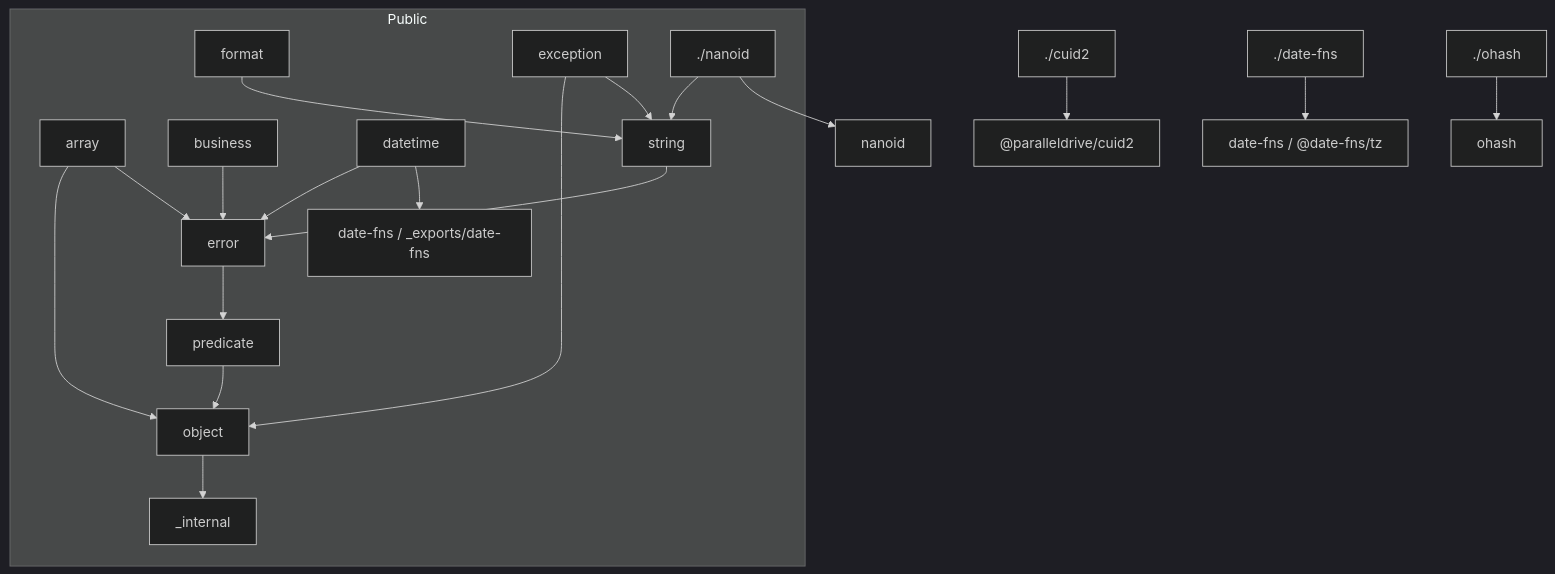
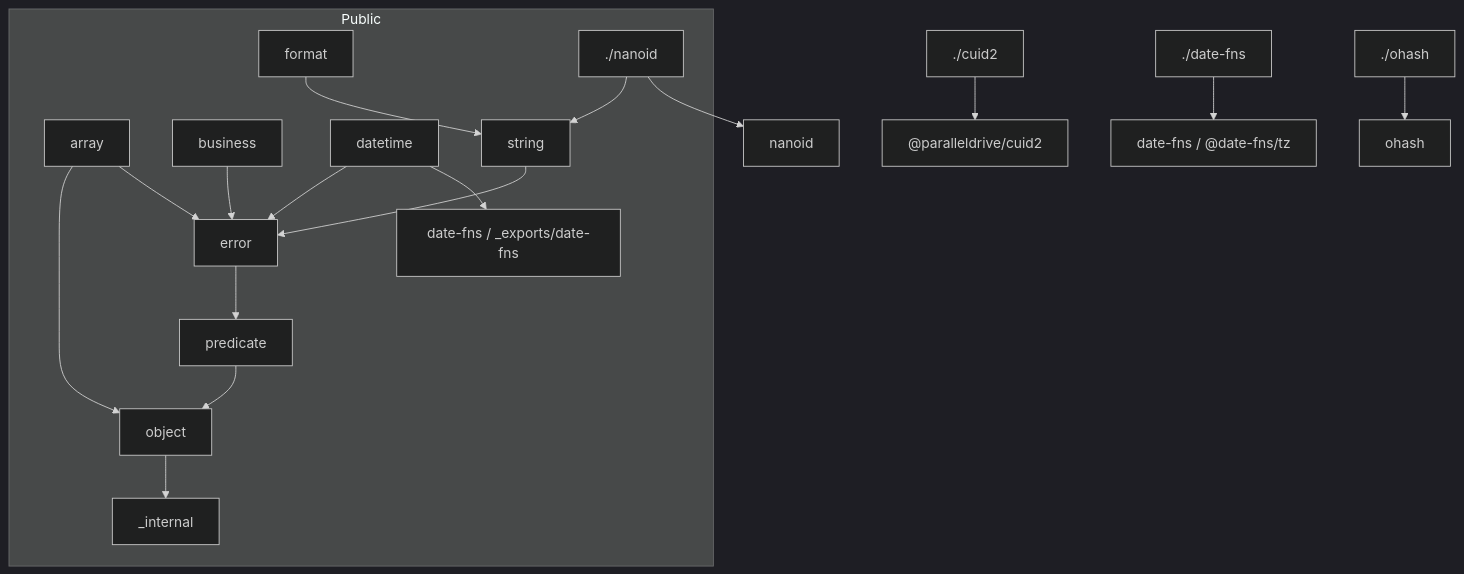
Before and after one commit to bingtsingw/xstools-open: the diagram in .agents/docs/architecture.md, drawn with Mermaid (dark theme). The commit also changed other lines of this file and 14 other files, not shown here.

````diff
--- a/.agents/docs/architecture.md
+++ b/.agents/docs/architecture.md
@@ -62,23 +61,21 @@
 ```mermaid
 flowchart TB
   subgraph public [Public]
     array --> object
     array --> error
     business --> error
     datetime --> error
     datetime --> date_fns_src["date-fns / _exports/date-fns"]
     string --> error
     format --> string
-    exception --> object
-    exception --> string
     error --> predicate
     predicate --> object
     object --> internal["_internal"]
     nanoid_exp["./nanoid"] --> string
   end
 
   cuid2_exp["./cuid2"] --> cuid2lib["@paralleldrive/cuid2"]
   date_fns_exp["./date-fns"] --> datefns["date-fns / @date-fns/tz"]
   nanoid_exp --> nanoidlib[nanoid]
   ohash_exp["./ohash"] --> ohashlib[ohash]
 ```
````
